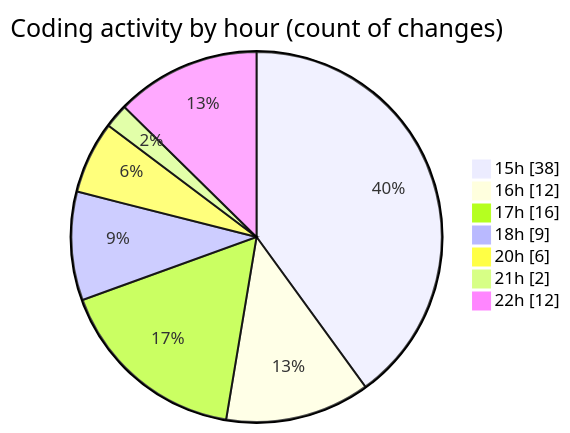
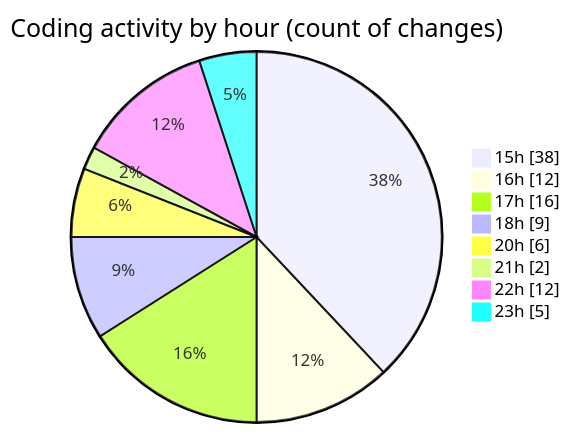
The second of 2 diagrams in 2025-09-08/cashcalculator/README.md (nxtqubesakshisongat/code-tracking), drawn with Mermaid before and after one commit. The commit also changed other lines of this file and 1 other file, not shown here.

````diff
--- a/2025-09-08/cashcalculator/README.md
+++ b/2025-09-08/cashcalculator/README.md
@@ -28,11 +28,12 @@
 ```mermaid
 pie showData
 title Coding activity by hour (count of changes)
 "15h" : 38
 "16h" : 12
 "17h" : 16
 "18h" : 9
 "20h" : 6
 "21h" : 2
 "22h" : 12
+"23h" : 5
 ```
````
